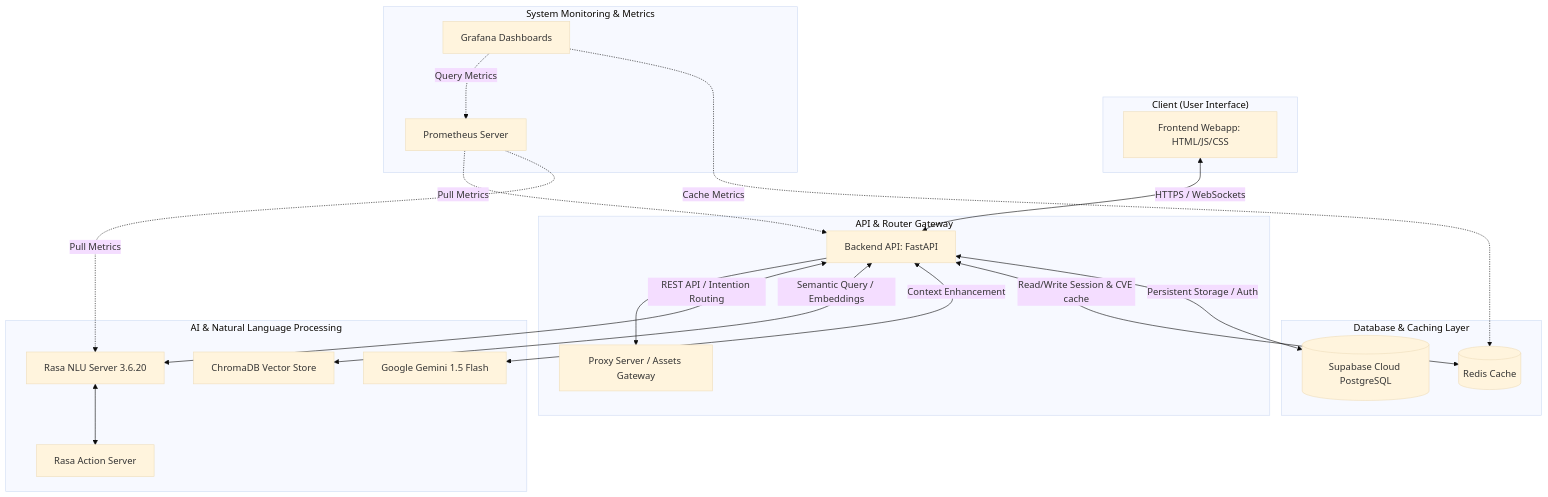
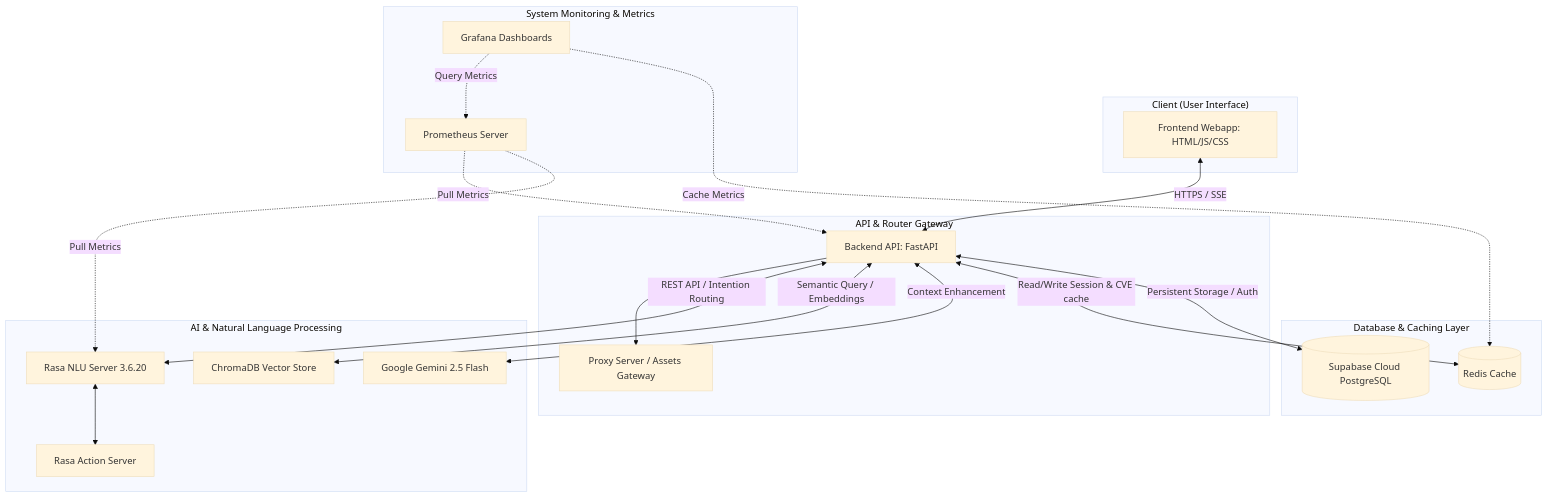
Before and after one commit to ntthanh222/DACNPM: the diagram in README.md, drawn with Mermaid (base theme). The commit also changed other lines of this file and 236 other files, not shown here.

````diff
--- a/README.md
+++ b/README.md
@@ -28,50 +33,50 @@
 ```mermaid
 graph TD
     %% Client Layer
     subgraph Client ["Client (User Interface)"]
         FE[Frontend Webapp: HTML/JS/CSS]
     end
 
     %% Gateway & API Layer
     subgraph Gateway ["API & Router Gateway"]
         BE[Backend API: FastAPI]
         Proxy[Proxy Server / Assets Gateway]
         BE --> Proxy
     end
 
     %% AI & Language Processing
     subgraph AI_Engine ["AI & Natural Language Processing"]
         Rasa[Rasa NLU Server 3.6.20]
         RasaActions[Rasa Action Server]
-        Gemini[Google Gemini 1.5 Flash]
+        Gemini[Google Gemini 2.5 Flash]
         Chroma[ChromaDB Vector Store]
         
         Rasa <--> RasaActions
     end
 
     %% Storage & Caching
     subgraph Storage ["Database & Caching Layer"]
         Redis[(Redis Cache)]
         Supabase[(Supabase Cloud PostgreSQL)]
     end
 
     %% Monitoring
     subgraph Monitoring ["System Monitoring & Metrics"]
         Prom[Prometheus Server]
         Graf[Grafana Dashboards]
     end
 
     %% Data Flows
-    FE <-->|HTTPS / WebSockets| BE
+    FE <-->|HTTPS / SSE| BE
     BE <-->|REST API / Intention Routing| Rasa
     BE <-->|Semantic Query / Embeddings| Chroma
     BE <-->|Context Enhancement| Gemini
     BE <-->|Read/Write Session & CVE cache| Redis
     BE <-->|Persistent Storage / Auth| Supabase
     
     %% Monitoring collection
     Prom -.->|Pull Metrics| BE
     Prom -.->|Pull Metrics| Rasa
     Graf -.->|Query Metrics| Prom
     Graf -.->|Cache Metrics| Redis
 ```
````
